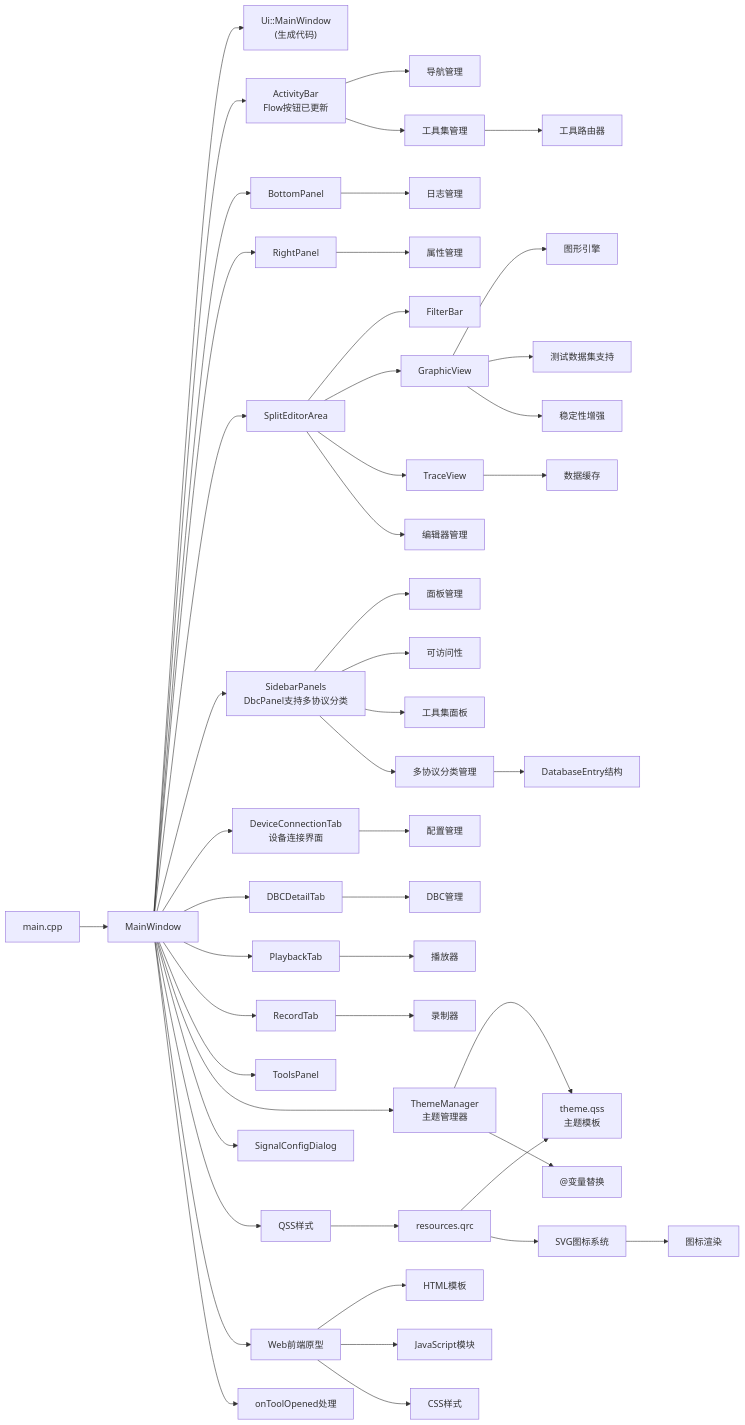
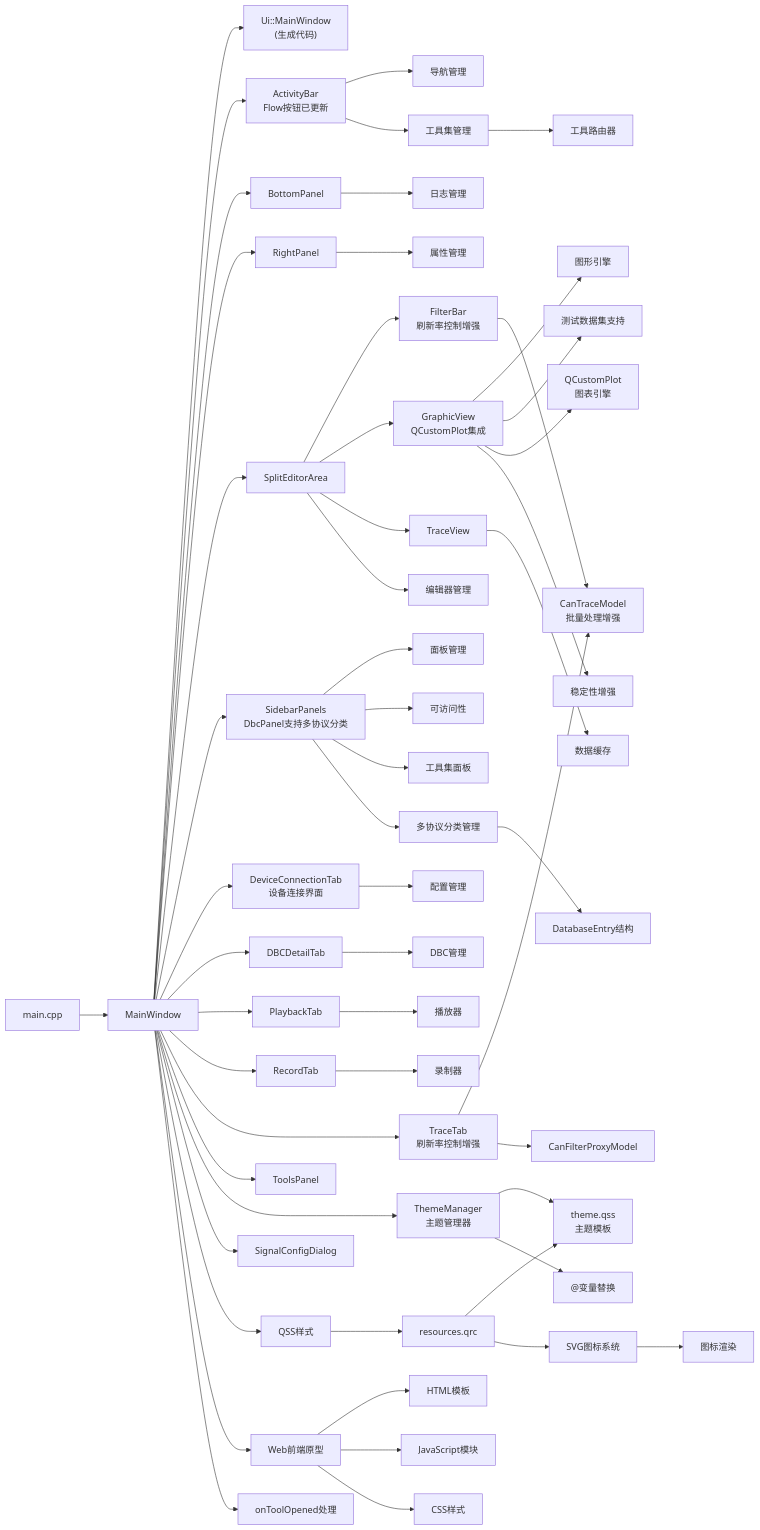
Diagram 23 of 23 in .qoder/repowiki/zh/content/架构设计/UI系统设计/UI系统设计.md (jakecai1225-design/OpenBus), drawn with Mermaid before and after one commit. The commit also changed other lines of this file and 71 other files, not shown here.

Commit message:
graphic trace

````diff
--- a/.qoder/repowiki/zh/content/架构设计/UI系统设计/UI系统设计.md
+++ b/.qoder/repowiki/zh/content/架构设计/UI系统设计/UI系统设计.md
@@ -1440,51 +1601,56 @@
 ```mermaid
 graph LR
 Main["main.cpp"] --> MW["MainWindow"]
 MW --> UI["Ui::MainWindow<br/>(生成代码)"]
 MW --> AB["ActivityBar<br/>Flow按钮已更新"]
 MW --> BP["BottomPanel"]
 MW --> RP["RightPanel"]
 MW --> SEA["SplitEditorArea"]
 MW --> SBP["SidebarPanels<br/>DbcPanel支持多协议分类"]
 MW --> DCT["DeviceConnectionTab<br/>设备连接界面"]
 MW --> DBCT["DBCDetailTab"]
 MW --> PB["PlaybackTab"]
 MW --> RT["RecordTab"]
+MW --> TT["TraceTab<br/>刷新率控制增强"]
 MW --> TP["ToolsPanel"]
 MW --> TM["ThemeManager<br/>主题管理器"]
-SEA --> FB["FilterBar"]
-SEA --> GV["GraphicView"]
+SEA --> FB["FilterBar<br/>刷新率控制增强"]
+SEA --> GV["GraphicView<br/>QCustomPlot集成"]
 SEA --> TV["TraceView"]
 MW --> SCD["SignalConfigDialog"]
 MW --> QSS["QSS样式"]
 TM --> THEME["theme.qss<br/>主题模板"]
 QSS --> QRC["resources.qrc"]
 QRC --> THEME
 QRC --> SVG["SVG图标系统"]
 AB --> Navigation["导航管理"]
 BP --> Logging["日志管理"]
 RP --> Properties["属性管理"]
 SEA --> Editors["编辑器管理"]
 SBP --> Panels["面板管理"]
 DCT --> Config["配置管理"]
 DBCT --> DBC["DBC管理"]
 PB --> Player["播放器"]
 RT --> Recorder["录制器"]
+TT --> CTM["CanTraceModel<br/>批量处理增强"]
+TT --> CFPM["CanFilterProxyModel"]
+FB --> CTM
 MW --> Web["Web前端原型"]
 Web --> HTML["HTML模板"]
 Web --> JS["JavaScript模块"]
 Web --> CSS["CSS样式"]
 GV --> Graphics["图形引擎"]
 GV --> TestData["测试数据集支持"]
+GV --> QCP["QCustomPlot<br/>图表引擎"]
 TV --> DataCache["数据缓存"]
 SBP --> Accessibility["可访问性"]
 GV --> Stability["稳定性增强"]
 AB --> Tools["工具集管理"]
 SBP --> ToolsPanel["工具集面板"]
 Tools --> ToolRouter["工具路由器"]
 MW --> ToolHandler["onToolOpened处理"]
 SBP --> MultiProtocol["多协议分类管理"]
 MultiProtocol --> DatabaseEntry["DatabaseEntry结构"]
 TM --> ThemeVars["@变量替换"]
 SVG --> IconSystem["图标渲染"]
 ```
````
